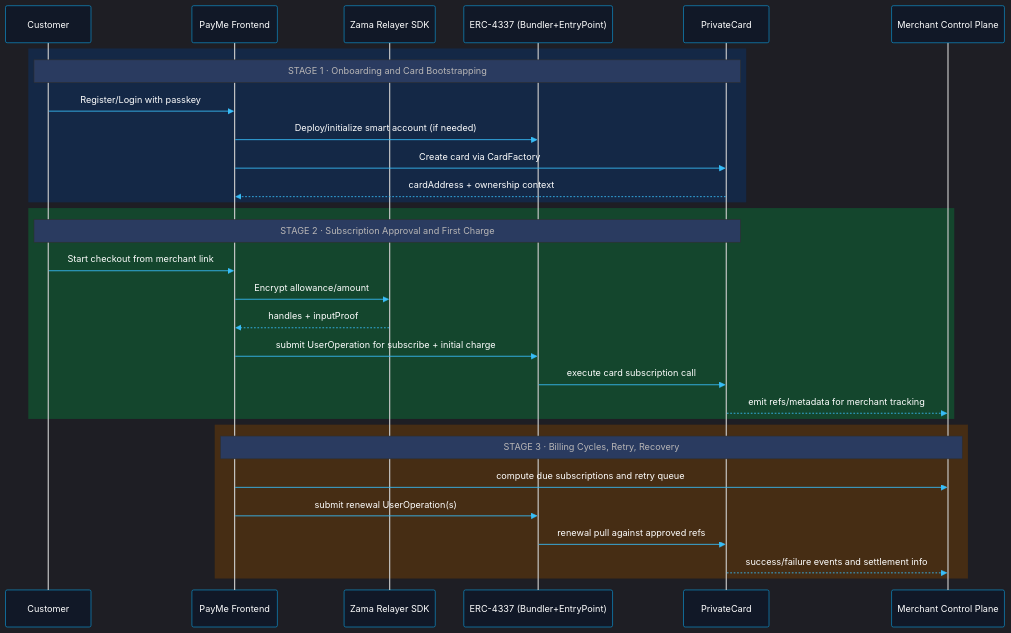
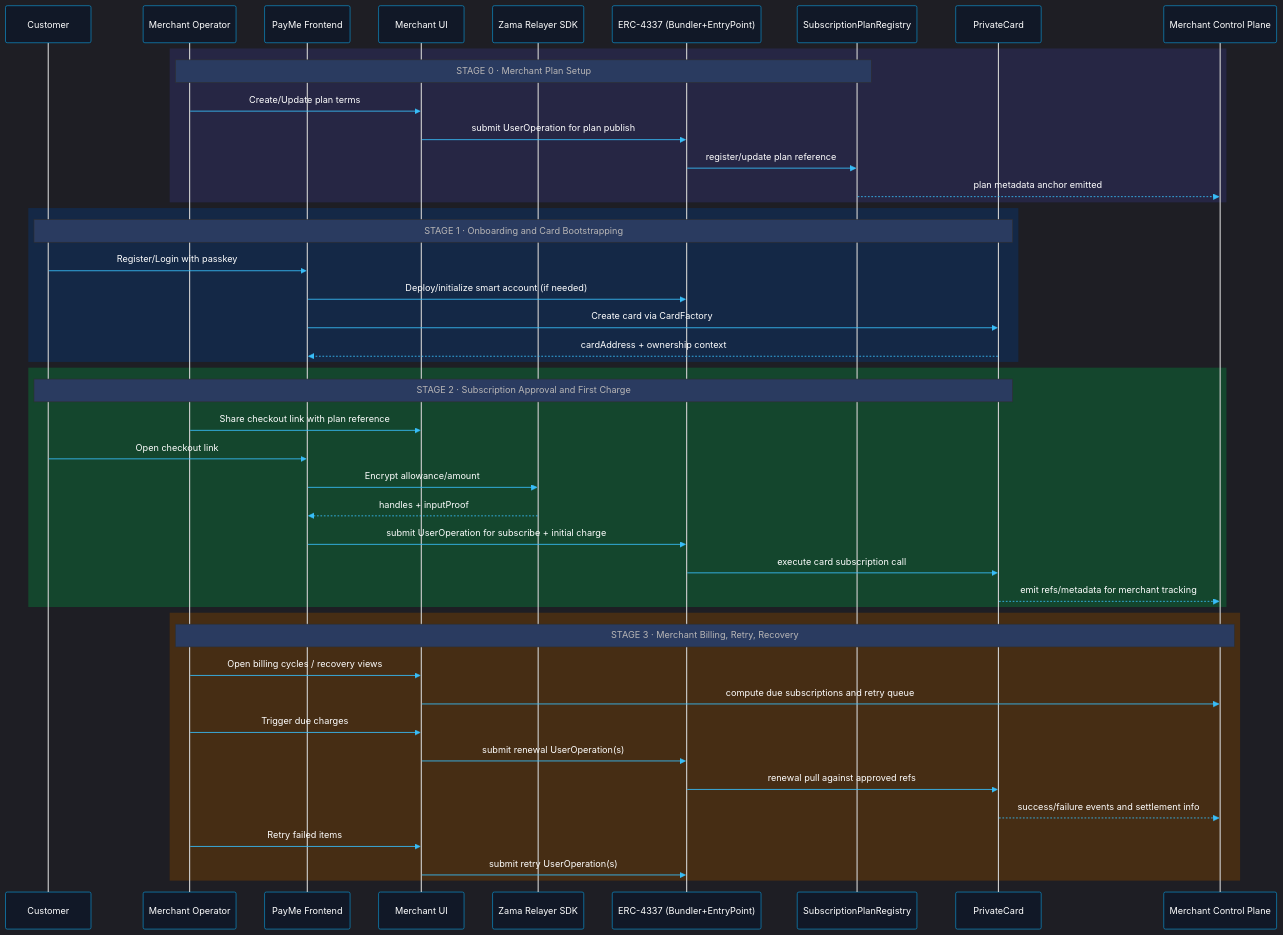
One commit to tekuuu/PayMe changed the second of 3 diagrams in README.md. Above: the diagram before and after it, drawn with Mermaid. The commit also changed other lines of this file, not shown here.

Commit message:
docs: expand README architecture and merchant flow coverage

````diff
--- a/README.md
+++ b/README.md
@@ -194,36 +228,52 @@
 ```mermaid
 %%{init: {'theme':'dark', 'themeVariables': { 'primaryColor':'#0ea5e9', 'primaryTextColor':'#ffffff', 'primaryBorderColor':'#0284c7', 'lineColor':'#38bdf8', 'secondaryColor':'#1e293b', 'tertiaryColor':'#334155', 'background':'#0b1220', 'mainBkg':'#111827', 'secondBkg':'#1f2937', 'labelBackground':'#1f2937', 'labelTextColor':'#ffffff', 'actorBkg':'#111827', 'actorBorder':'#0ea5e9', 'actorTextColor':'#ffffff', 'signalColor':'#38bdf8', 'signalTextColor':'#ffffff'}}}%%
 sequenceDiagram
     participant User as Customer
+    participant Merchant as Merchant Operator
     participant UI as PayMe Frontend
+    participant MUI as Merchant UI
     participant SDK as Zama Relayer SDK
     participant AA as ERC-4337 (Bundler+EntryPoint)
+    participant Registry as SubscriptionPlanRegistry
     participant Card as PrivateCard
     participant CP as Merchant Control Plane
+
+    rect rgb(38,38,68)
+        Note over Merchant,Registry: STAGE 0 · Merchant Plan Setup
+        Merchant->>MUI: Create/Update plan terms
+        MUI->>AA: submit UserOperation for plan publish
+        AA->>Registry: register/update plan reference
+        Registry-->>CP: plan metadata anchor emitted
+    end
 
     rect rgb(20,40,70)
         Note over User,Card: STAGE 1 · Onboarding and Card Bootstrapping
         User->>UI: Register/Login with passkey
         UI->>AA: Deploy/initialize smart account (if needed)
         UI->>Card: Create card via CardFactory
         Card-->>UI: cardAddress + ownership context
     end
 
     rect rgb(20,70,45)
         Note over User,Card: STAGE 2 · Subscription Approval and First Charge
-        User->>UI: Start checkout from merchant link
+        Merchant->>MUI: Share checkout link with plan reference
+        User->>UI: Open checkout link
         UI->>SDK: Encrypt allowance/amount
         SDK-->>UI: handles + inputProof
         UI->>AA: submit UserOperation for subscribe + initial charge
         AA->>Card: execute card subscription call
         Card-->>CP: emit refs/metadata for merchant tracking
     end
 
     rect rgb(70,45,20)
-        Note over UI,CP: STAGE 3 · Billing Cycles, Retry, Recovery
-        UI->>CP: compute due subscriptions and retry queue
-        UI->>AA: submit renewal UserOperation(s)
+        Note over Merchant,CP: STAGE 3 · Merchant Billing, Retry, Recovery
+        Merchant->>MUI: Open billing cycles / recovery views
+        MUI->>CP: compute due subscriptions and retry queue
+        Merchant->>MUI: Trigger due charges
+        MUI->>AA: submit renewal UserOperation(s)
         AA->>Card: renewal pull against approved refs
         Card-->>CP: success/failure events and settlement info
+        Merchant->>MUI: Retry failed items
+        MUI->>AA: submit retry UserOperation(s)
     end
 ```
````
